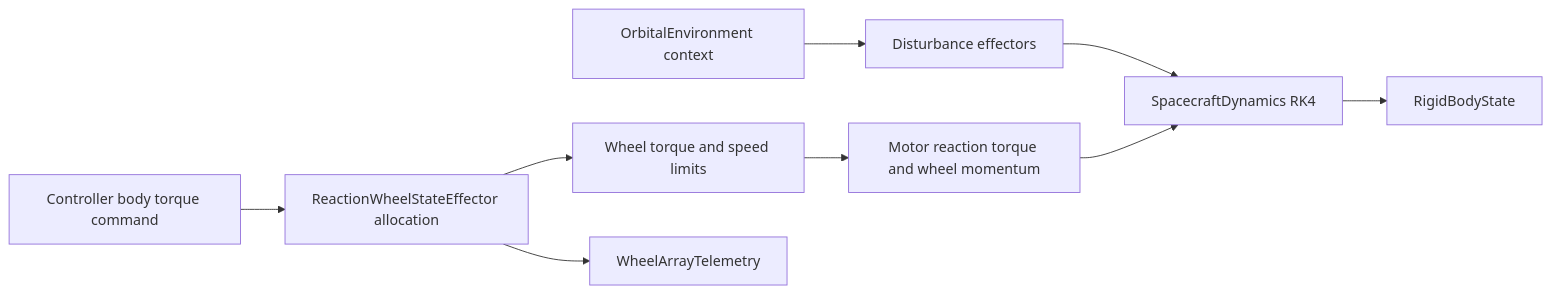
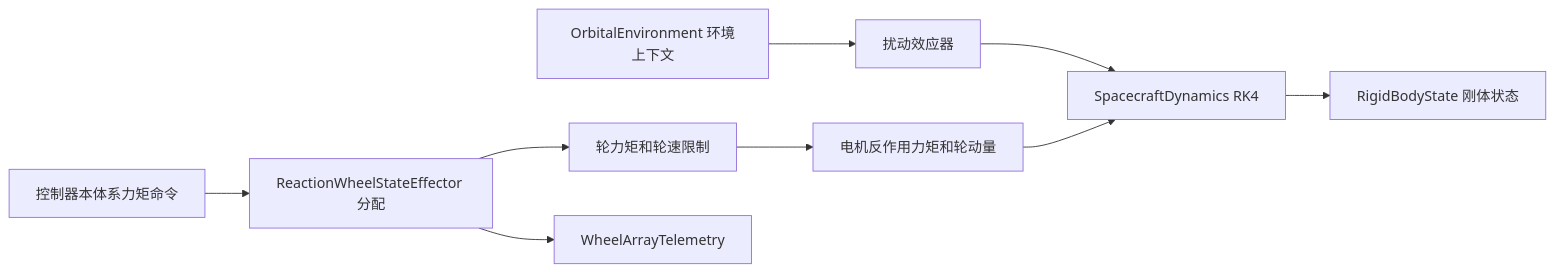
One commit to hao-hi/satellite-platform changed the diagram in docs/physics/01_model_architecture.md. Above: the diagram before and after it, drawn with Mermaid. The commit also changed other lines of this file and 23 other files, not shown here.

````diff
--- a/docs/physics/01_model_architecture.md
+++ b/docs/physics/01_model_architecture.md
@@ -26,11 +26,11 @@
 ```mermaid
 flowchart LR
-    A["Controller body torque command"] --> B["ReactionWheelStateEffector allocation"]
-    B --> C["Wheel torque and speed limits"]
-    C --> D["Motor reaction torque and wheel momentum"]
-    E["OrbitalEnvironment context"] --> I["Disturbance effectors"]
+    A["控制器本体系力矩命令"] --> B["ReactionWheelStateEffector 分配"]
+    B --> C["轮力矩和轮速限制"]
+    C --> D["电机反作用力矩和轮动量"]
+    E["OrbitalEnvironment 环境上下文"] --> I["扰动效应器"]
     I --> F["SpacecraftDynamics RK4"]
     D --> F
-    F --> G["RigidBodyState"]
+    F --> G["RigidBodyState 刚体状态"]
     B --> H["WheelArrayTelemetry"]
 ```
````
